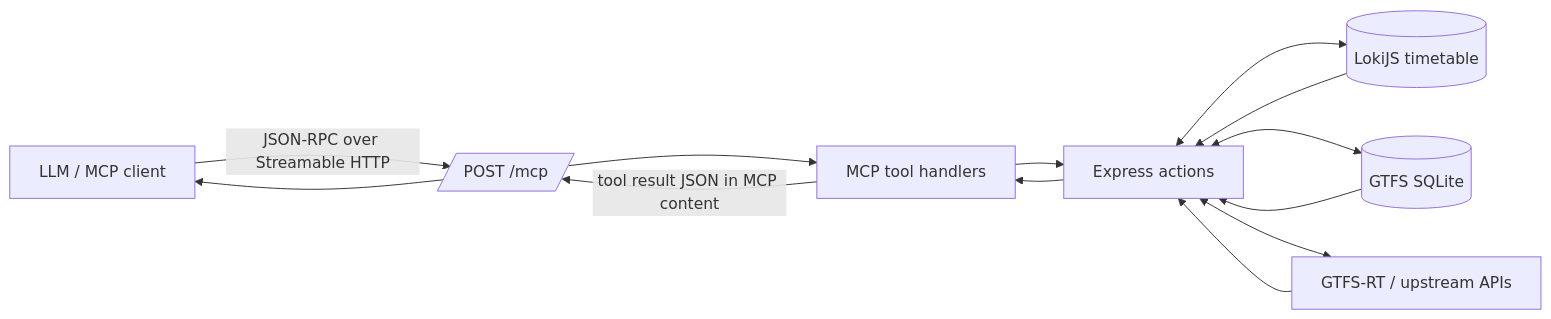
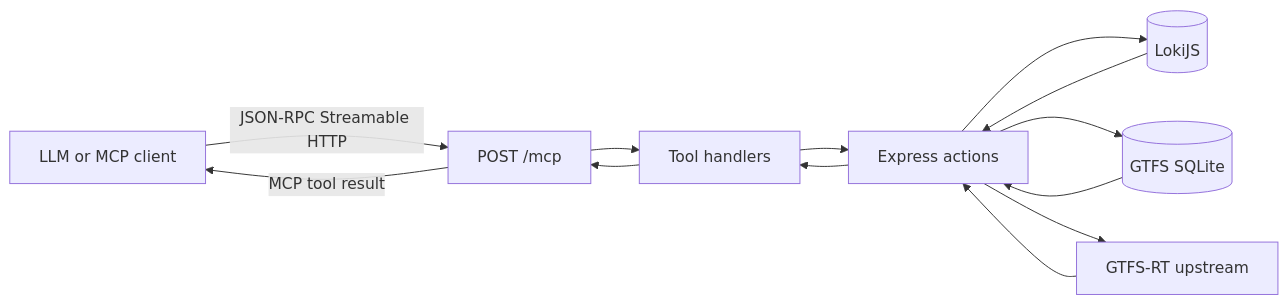
The diagram in README.md (vbhjckfd/timetable-api-node), drawn with Mermaid before and after one commit.

Commit message:
Changes into README.md

````diff
--- a/README.md
+++ b/README.md
@@ -40,15 +40,15 @@
 ```mermaid
-flowchart LR
-  LLM[LLM / MCP client] -->|JSON-RPC over Streamable HTTP| MCP[/POST /mcp/]
-  MCP --> H[MCP tool handlers]
-  H --> A[Express actions]
-  A <--> Loki[(LokiJS timetable)]
-  A <--> Sql[(GTFS SQLite)]
-  A <--> RT[GTFS-RT / upstream APIs]
-  RT --> A
-  Sql --> A
-  Loki --> A
-  A --> H
-  H -->|tool result JSON in MCP content| MCP
-  MCP --> LLM
+graph LR;
+  Client[LLM or MCP client] -->|JSON-RPC Streamable HTTP| Mcp["POST /mcp"];
+  Mcp --> Tools[Tool handlers];
+  Tools --> Actions[Express actions];
+  Actions --> Loki[(LokiJS)];
+  Actions --> Gtfs[(GTFS SQLite)];
+  Actions --> Rt[GTFS-RT upstream];
+  Loki --> Actions;
+  Gtfs --> Actions;
+  Rt --> Actions;
+  Actions --> Tools;
+  Tools --> Mcp;
+  Mcp -->|MCP tool result| Client;
 ```
````
